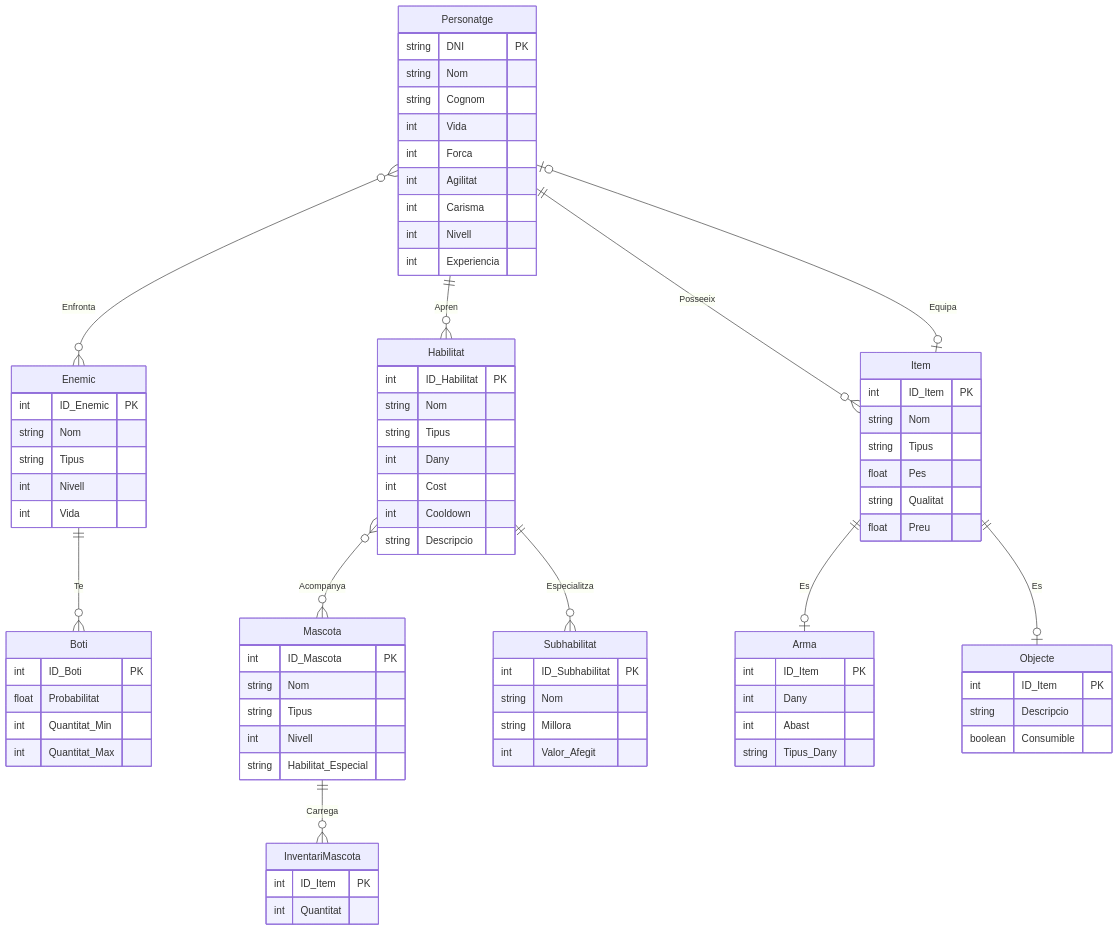
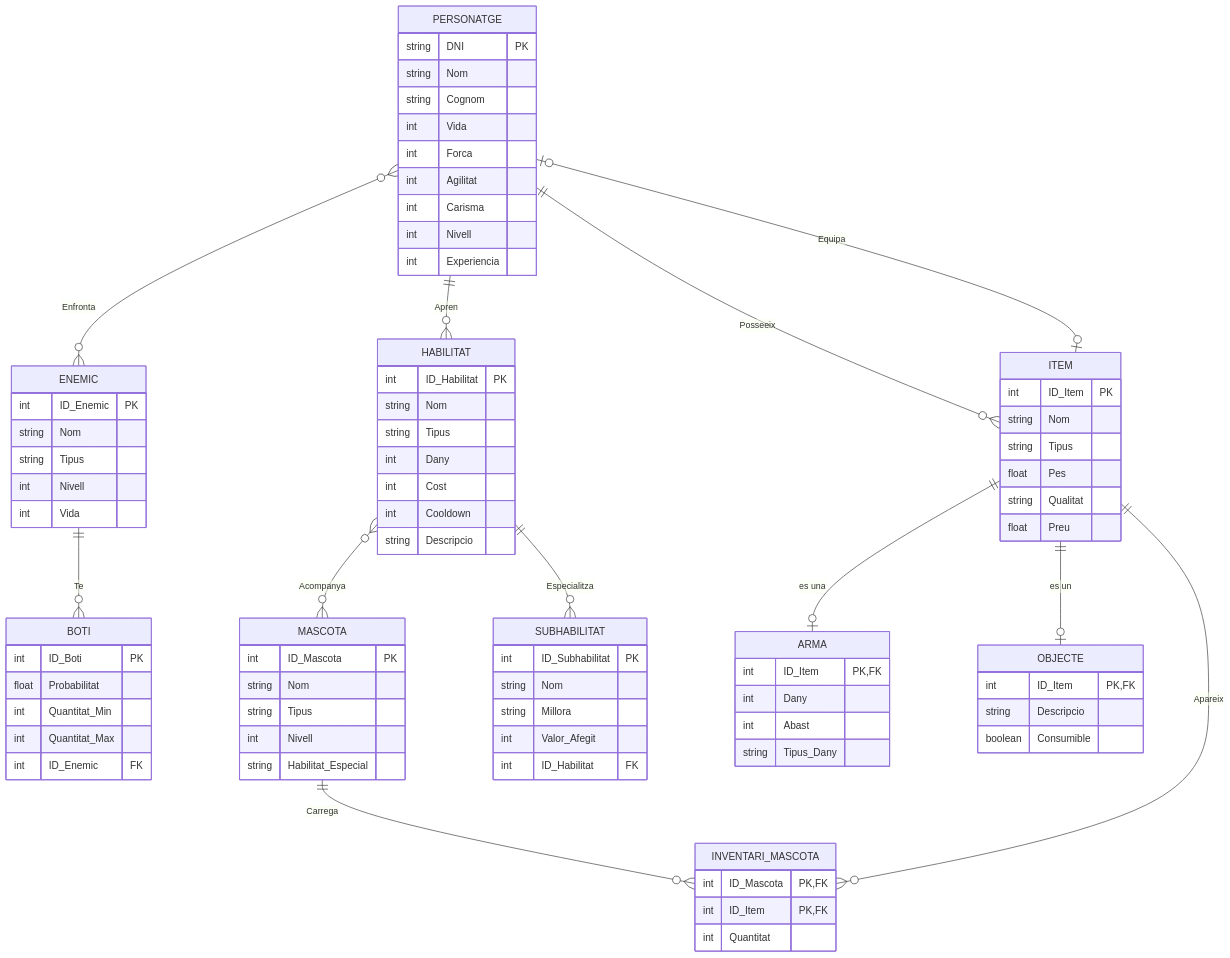
Before and after one commit to omontilla1/model-mermaid: the tenth of 10 diagrams in mermaid.md, drawn with Mermaid. The commit also changed other lines of this file, not shown here.

````diff
--- a/mermaid.md
+++ b/mermaid.md
@@ -2,17 +201,22 @@
 ```mermaid
 erDiagram
-    Personatge ||--o{ Item : Posseeix
-    Personatge o|--o| Item : Equipa
-    Personatge ||--o{ Habilitat : Apren
-    Personatge }o--o{ Enemic : Enfronta
-    Enemic ||--o{ Boti : Te
-    Mascota ||--o{ InventariMascota : Carrega
-    Habilitat ||--o{ Subhabilitat : Especialitza
-    Habilitat }o--o{ Mascota : Acompanya
-    Item ||--o| Arma : Es
-    Item ||--o| Objecte : Es
+    PERSONATGE ||--o{ ITEM : Posseeix
+    PERSONATGE o|--o| ITEM : Equipa
+    PERSONATGE ||--o{ HABILITAT : Apren
+    PERSONATGE }o--o{ ENEMIC : Enfronta
 
-    Personatge {
+    ENEMIC ||--o{ BOTI : Te
+
+    MASCOTA ||--o{ INVENTARI_MASCOTA : Carrega
+    ITEM ||--o{ INVENTARI_MASCOTA : Apareix
+
+    HABILITAT ||--o{ SUBHABILITAT : Especialitza
+    HABILITAT }o--o{ MASCOTA : Acompanya
+
+    ITEM ||--o| ARMA : "es una"
+    ITEM ||--o| OBJECTE : "es un"
+
+    PERSONATGE {
         string DNI PK
         string Nom
         string Cognom
@@ -24,7 +228,7 @@
         int Experiencia
     }
 
-    Item {
+    ITEM {
         int ID_Item PK
         string Nom
         string Tipus
@@ -33,20 +237,20 @@
         float Preu
     }
 
-    Arma {
-        int ID_Item PK
+    ARMA {
+        int ID_Item PK, FK
         int Dany
         int Abast
         string Tipus_Dany
     }
 
-    Objecte {
-        int ID_Item PK
+    OBJECTE {
+        int ID_Item PK, FK
         string Descripcio
         boolean Consumible
     }
 
-    Habilitat {
+    HABILITAT {
         int ID_Habilitat PK
         string Nom
         string Tipus
@@ -56,14 +260,15 @@
         string Descripcio
     }
 
-    Subhabilitat {
+    SUBHABILITAT {
         int ID_Subhabilitat PK
         string Nom
         string Millora
         int Valor_Afegit
+        int ID_Habilitat FK
     }
 
-    Enemic {
+    ENEMIC {
         int ID_Enemic PK
         string Nom
         string Tipus
@@ -71,14 +276,15 @@
         int Vida
     }
 
-    Boti {
+    BOTI {
         int ID_Boti PK
         float Probabilitat
         int Quantitat_Min
         int Quantitat_Max
+        int ID_Enemic FK
     }
 
-    Mascota {
+    MASCOTA {
         int ID_Mascota PK
         string Nom
         string Tipus
@@ -86,8 +292,9 @@
         string Habilitat_Especial
     }
 
-    InventariMascota {
-        int ID_Item PK
+    INVENTARI_MASCOTA {
+        int ID_Mascota PK, FK
+        int ID_Item PK, FK
         int Quantitat
     }
 ```
````
